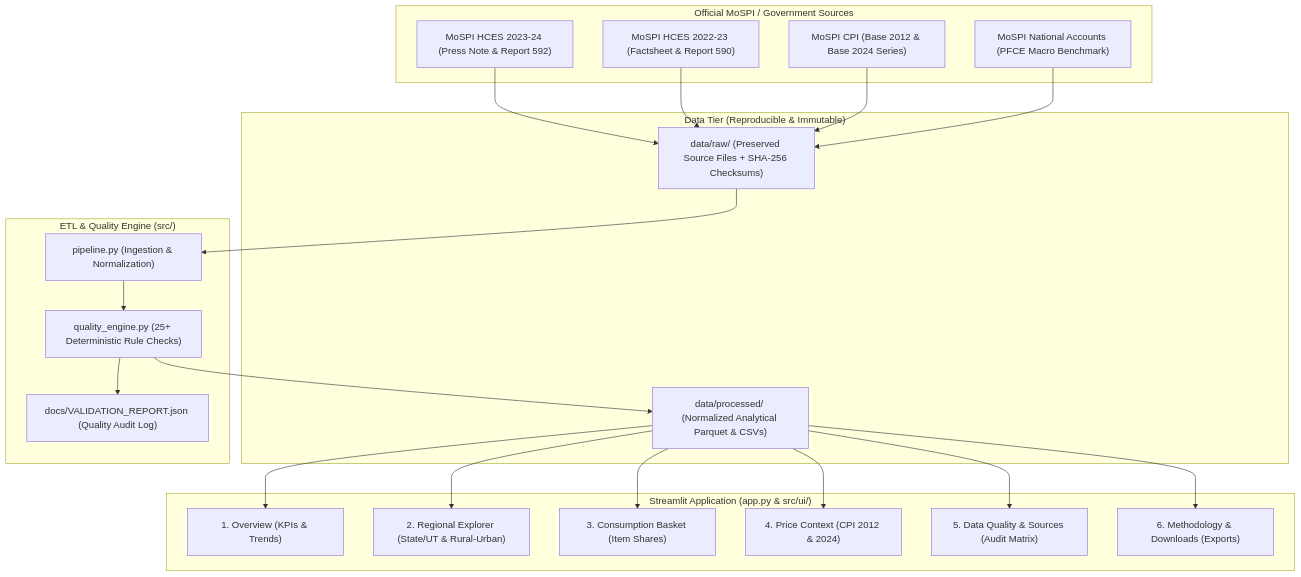
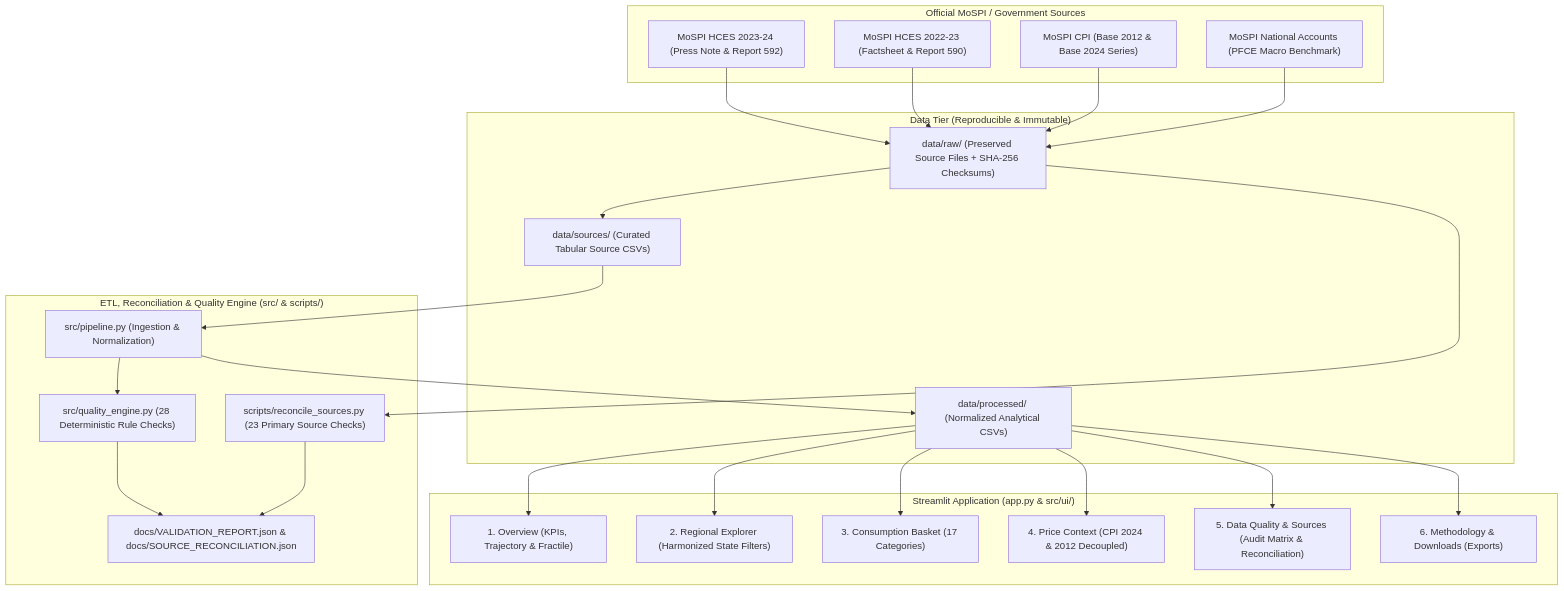
Before and after one commit to Rishika667/india-consumer-spending-intelligence: the diagram in docs/PROJECT_BLUEPRINT.md, drawn with Mermaid. The commit also changed other lines of this file and 19 other files, not shown here.

Commit message:
feat: complete final audit gap closure, source reconciliation engine, and UI polish

````diff
--- a/docs/PROJECT_BLUEPRINT.md
+++ b/docs/PROJECT_BLUEPRINT.md
@@ -73,44 +76,49 @@
 ```mermaid
 flowchart TD
     subgraph Data Sources ["Official MoSPI / Government Sources"]
         S1["MoSPI HCES 2023-24 (Press Note & Report 592)"]
         S2["MoSPI HCES 2022-23 (Factsheet & Report 590)"]
         S3["MoSPI CPI (Base 2012 & Base 2024 Series)"]
         S4["MoSPI National Accounts (PFCE Macro Benchmark)"]
     end
 
     subgraph Data Tier ["Data Tier (Reproducible & Immutable)"]
         Raw["data/raw/ (Preserved Source Files + SHA-256 Checksums)"]
-        Proc["data/processed/ (Normalized Analytical Parquet & CSVs)"]
+        Src["data/sources/ (Curated Tabular Source CSVs)"]
+        Proc["data/processed/ (Normalized Analytical CSVs)"]
     end
 
-    subgraph Pipeline ["ETL & Quality Engine (src/)"]
-        Ingest["pipeline.py (Ingestion & Normalization)"]
-        QC["quality_engine.py (25+ Deterministic Rule Checks)"]
-        Audit["docs/VALIDATION_REPORT.json (Quality Audit Log)"]
+    subgraph Pipeline ["ETL, Reconciliation & Quality Engine (src/ & scripts/)"]
+        Ingest["src/pipeline.py (Ingestion & Normalization)"]
+        Reconcile["scripts/reconcile_sources.py (23 Primary Source Checks)"]
+        QC["src/quality_engine.py (28 Deterministic Rule Checks)"]
+        Audit["docs/VALIDATION_REPORT.json & docs/SOURCE_RECONCILIATION.json"]
     end
 
     subgraph App Tier ["Streamlit Application (app.py & src/ui/)"]
-        S_Overview["1. Overview (KPIs & Trends)"]
-        S_Regional["2. Regional Explorer (State/UT & Rural-Urban)"]
-        S_Basket["3. Consumption Basket (Item Shares)"]
-        S_Price["4. Price Context (CPI 2012 & 2024)"]
-        S_QC["5. Data Quality & Sources (Audit Matrix)"]
+        S_Overview["1. Overview (KPIs, Trajectory & Fractile)"]
+        S_Regional["2. Regional Explorer (Harmonized State Filters)"]
+        S_Basket["3. Consumption Basket (17 Categories)"]
+        S_Price["4. Price Context (CPI 2024 & 2012 Decoupled)"]
+        S_QC["5. Data Quality & Sources (Audit Matrix & Reconciliation)"]
         S_Method["6. Methodology & Downloads (Exports)"]
     end
 
     S1 --> Raw
     S2 --> Raw
     S3 --> Raw
     S4 --> Raw
-    Raw --> Ingest
+    Raw --> Reconcile
+    Raw --> Src
+    Src --> Ingest
     Ingest --> QC
     QC --> Audit
-    QC --> Proc
+    Reconcile --> Audit
+    Ingest --> Proc
     Proc --> S_Overview
     Proc --> S_Regional
     Proc --> S_Basket
     Proc --> S_Price
     Proc --> S_QC
     Proc --> S_Method
 ```
````
